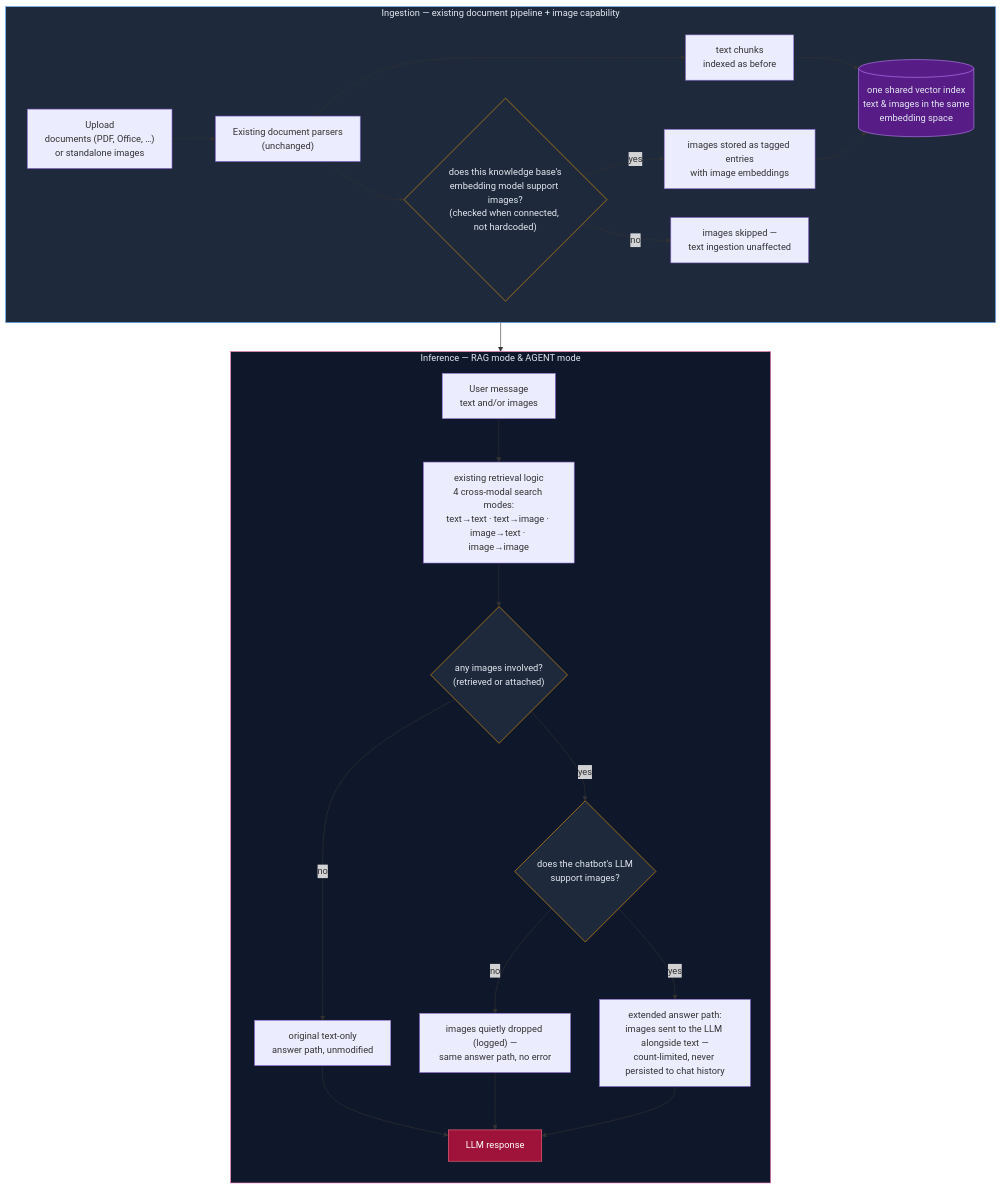
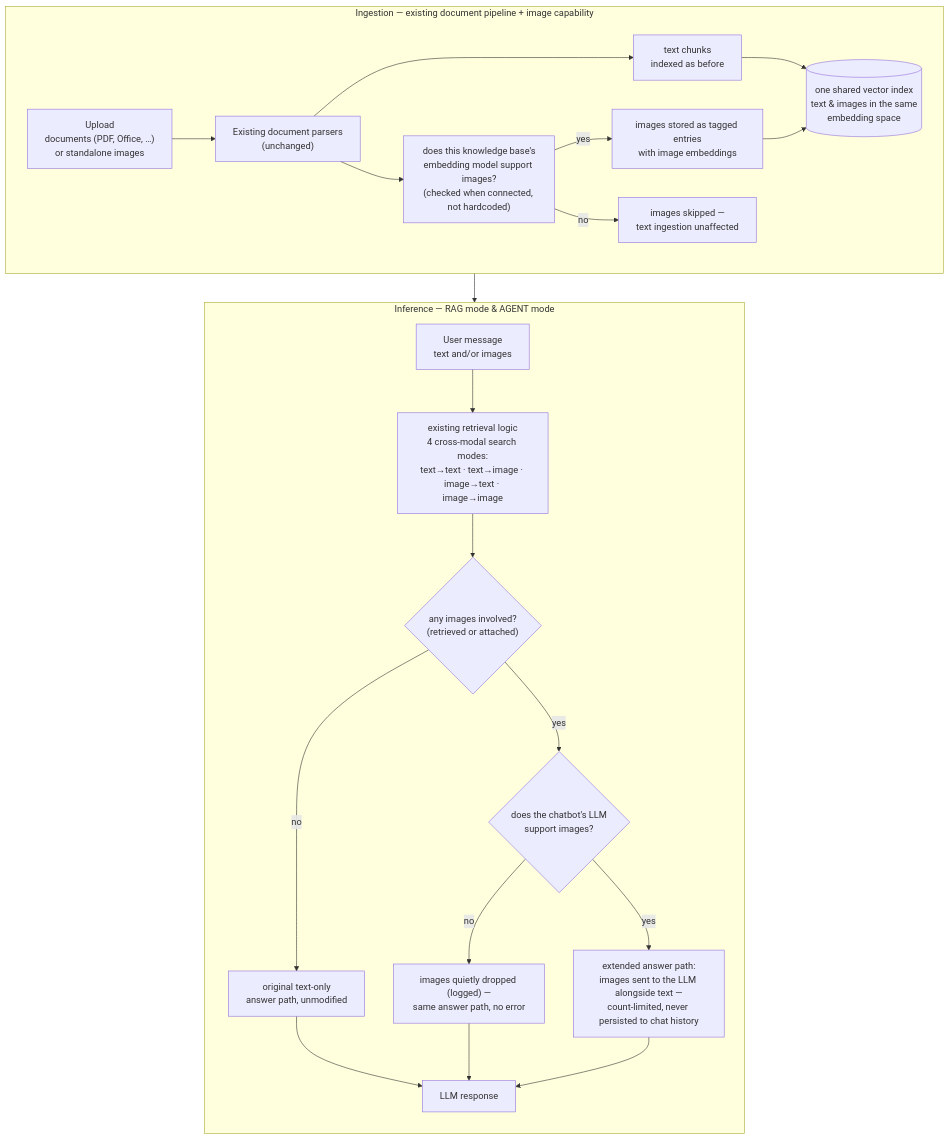
The second of 7 diagrams in src/portfolio/portfolio.md (rst0070/rst0070.github.io), drawn with Mermaid before and after one commit. The commit also changed other lines of this file, not shown here.

Commit message:
fix mermaid style for light mode

````diff
--- a/src/portfolio/portfolio.md
+++ b/src/portfolio/portfolio.md
@@ -114,36 +114,28 @@
     ```mermaid
     flowchart TB
-        subgraph ING["Ingestion — existing document pipeline + image capability"]
+        subgraph "Ingestion — existing document pipeline + image capability"
             direction LR
             UP["Upload<br/>documents (PDF, Office, …)<br/>or standalone images"] --> RD["Existing document parsers<br/>(unchanged)"]
             RD --> TXT["text chunks<br/>indexed as before"]
-            RD --> G1{"does this knowledge base's<br/>embedding model support images?<br/>(checked when connected, not hardcoded)"}
+            RD --> G1["does this knowledge base's<br/>embedding model support images?<br/>(checked when connected, not hardcoded)"]
             G1 -- yes --> IMG["images stored as tagged entries<br/>with image embeddings"]
             G1 -- no --> NOP["images skipped —<br/>text ingestion unaffected"]
             TXT --> VI[("one shared vector index<br/>text & images in the same<br/>embedding space")]
             IMG --> VI
         end
 
-        subgraph QRY["Inference — RAG mode & AGENT mode"]
+        subgraph "Inference — RAG mode & AGENT mode"
             direction TB
             Q["User message<br/>text and/or images"] --> RET["existing retrieval logic<br/>4 cross-modal search modes:<br/>text→text · text→image · image→text · image→image"]
             RET --> G2{"any images involved?<br/>(retrieved or attached)"}
             G2 -- no --> STOCK["original text-only<br/>answer path, unmodified"]
             G2 -- yes --> G3{"does the chatbot's LLM<br/>support images?"}
             G3 -- no --> SKIP["images quietly dropped (logged) —<br/>same answer path, no error"]
             G3 -- yes --> MM["extended answer path:<br/>images sent to the LLM alongside text —<br/>count-limited, never persisted to chat history"]
             STOCK --> LLM[LLM response]
             SKIP --> LLM
             MM --> LLM
         end
 
         VI --> RET
-
-        style ING fill:#1e293b,stroke:#60a5fa,color:#e2e8f0
-        style QRY fill:#0f172a,stroke:#f472b6,color:#e2e8f0
-        style G1 fill:#1e293b,stroke:#f59e0b,color:#e2e8f0
-        style G2 fill:#1e293b,stroke:#f59e0b,color:#e2e8f0
-        style G3 fill:#1e293b,stroke:#f59e0b,color:#e2e8f0
-        style VI fill:#581c87,stroke:#c084fc,color:#e2e8f0
-        style LLM fill:#9f1239,stroke:#fb7185,color:#fff
     ```
````
